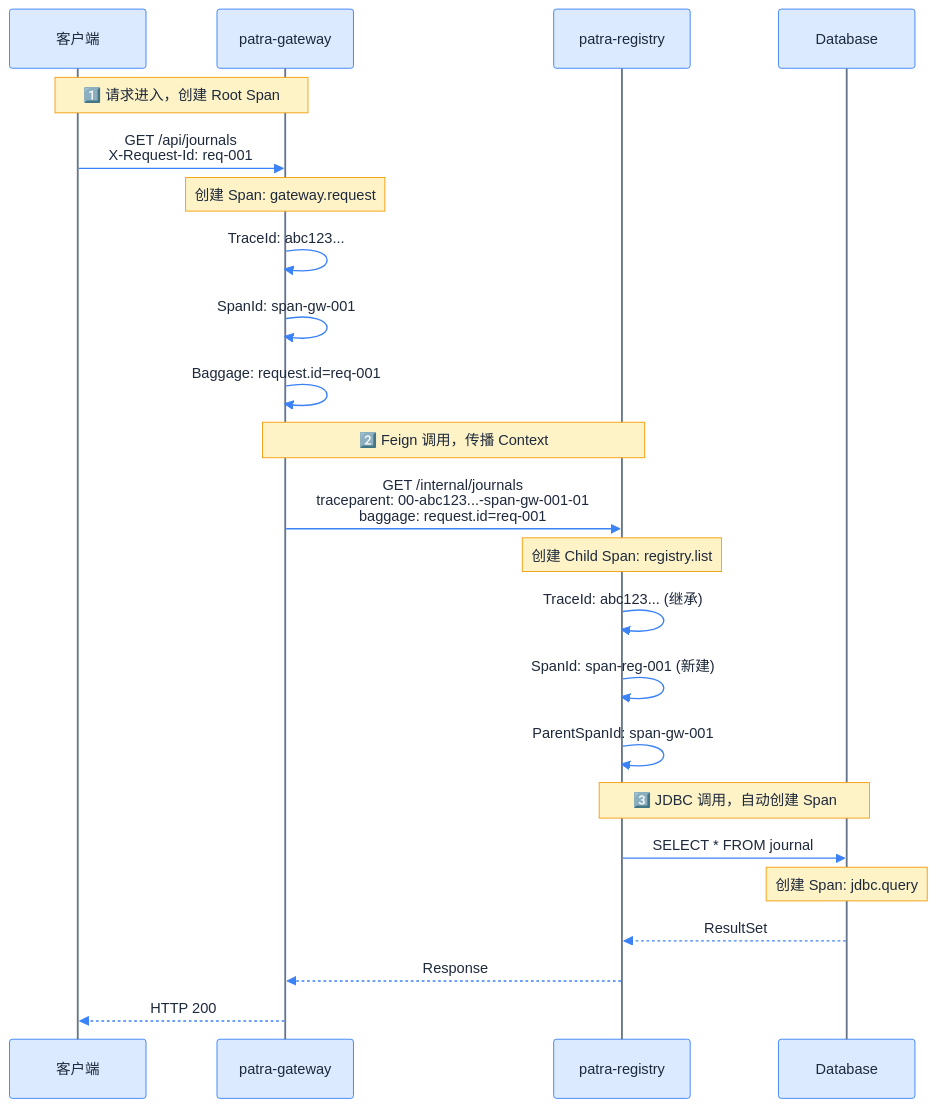
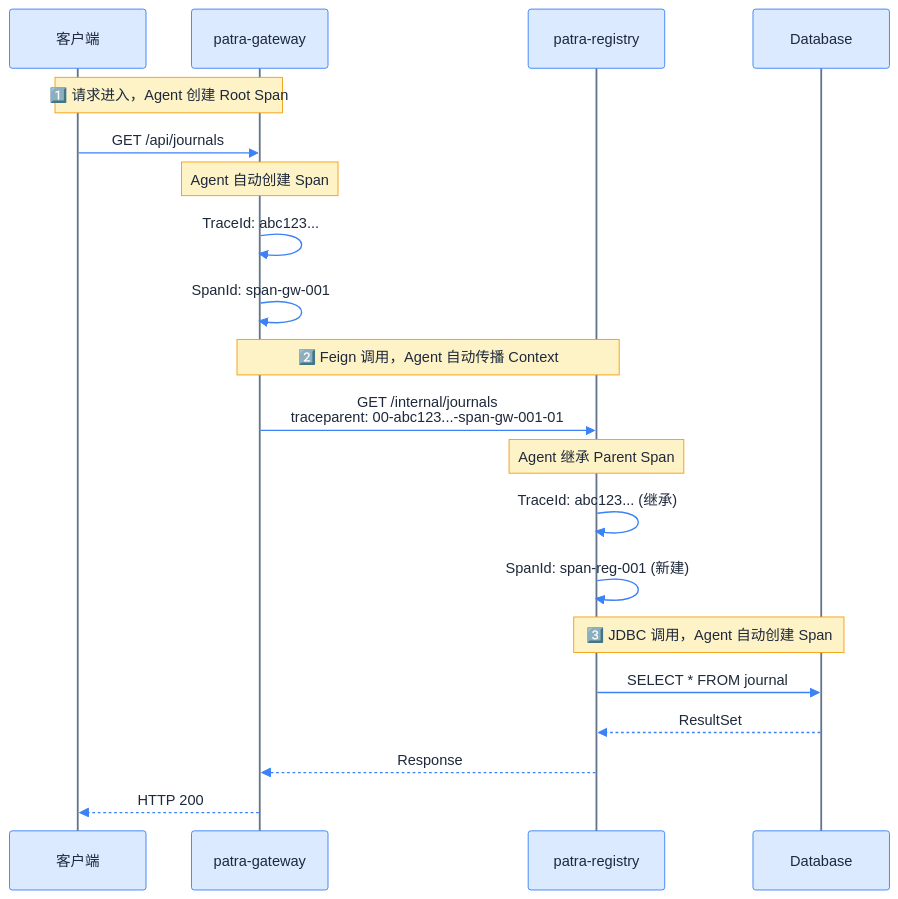
The third of 3 diagrams in patra-api/docs/designs/observability/04-otel-integration.md (linqibin0826/patra), drawn with Mermaid before and after one commit. The commit also changed other lines of this file and 4 other files, not shown here.

````diff
--- a/patra-api/docs/designs/observability/04-otel-integration.md
+++ b/patra-api/docs/designs/observability/04-otel-integration.md
@@ -525,47 +289,43 @@
 ```mermaid
 %%{init: {
   'theme': 'base',
   'themeVariables': {
     'primaryColor': '#dbeafe',
     'primaryTextColor': '#1e293b',
     'primaryBorderColor': '#3b82f6',
     'lineColor': '#64748b',
     'actorLineColor': '#64748b',
     'signalColor': '#3b82f6',
     'signalTextColor': '#1e293b',
     'noteBkgColor': '#fef3c7',
     'noteTextColor': '#1e293b',
     'noteBorderColor': '#f59e0b'
   }
 }}%%
 sequenceDiagram
     participant Client as 客户端
     participant Gateway as patra-gateway
     participant Registry as patra-registry
     participant DB as Database
 
-    Note over Client,Gateway: 1️⃣ 请求进入，创建 Root Span
-    Client->>Gateway: GET /api/journals<br/>X-Request-Id: req-001
+    Note over Client,Gateway: 1️⃣ 请求进入，Agent 创建 Root Span
+    Client->>Gateway: GET /api/journals
 
-    Note over Gateway: 创建 Span: gateway.request
+    Note over Gateway: Agent 自动创建 Span
     Gateway->>Gateway: TraceId: abc123...
     Gateway->>Gateway: SpanId: span-gw-001
-    Gateway->>Gateway: Baggage: request.id=req-001
 
-    Note over Gateway,Registry: 2️⃣ Feign 调用，传播 Context
-    Gateway->>Registry: GET /internal/journals<br/>traceparent: 00-abc123...-span-gw-001-01<br/>baggage: request.id=req-001
+    Note over Gateway,Registry: 2️⃣ Feign 调用，Agent 自动传播 Context
+    Gateway->>Registry: GET /internal/journals<br/>traceparent: 00-abc123...-span-gw-001-01
 
-    Note over Registry: 创建 Child Span: registry.list
+    Note over Registry: Agent 继承 Parent Span
     Registry->>Registry: TraceId: abc123... (继承)
     Registry->>Registry: SpanId: span-reg-001 (新建)
-    Registry->>Registry: ParentSpanId: span-gw-001
 
-    Note over Registry,DB: 3️⃣ JDBC 调用，自动创建 Span
+    Note over Registry,DB: 3️⃣ JDBC 调用，Agent 自动创建 Span
     Registry->>DB: SELECT * FROM journal
-
-    Note over DB: 创建 Span: jdbc.query
     DB-->>Registry: ResultSet
 
     Registry-->>Gateway: Response
     Gateway-->>Client: HTTP 200
 ```
````
